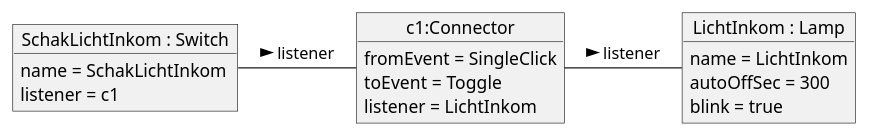
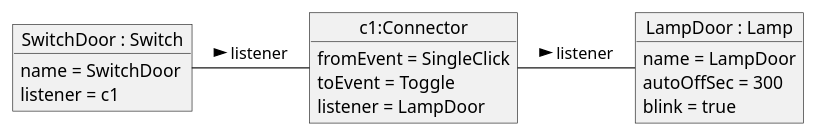
The sixth of 8 diagrams in DESIGN.md (dvaneynde/home-automation), drawn with PlantUML before and after one commit. The commit also changed other lines of this file and 11 other files, not shown here.

````diff
--- a/DESIGN.md
+++ b/DESIGN.md
@@ -511,17 +511,17 @@
 ```plantuml
 @startuml
-object "SchakLichtInkom : Switch" as s
-s : name = SchakLichtInkom
+object "SwitchDoor : Switch" as s
+s : name = SwitchDoor
 s : listener = c1
 object "c1:Connector" as c
 c : fromEvent = SingleClick
 c : toEvent = Toggle
-c : listener = LichtInkom
-object "LichtInkom : Lamp" as l
-l : name = LichtInkom
+c : listener = LampDoor
+object "LampDoor : Lamp" as l
+l : name = LampDoor
 l : autoOffSec = 300
 l : blink = true
 s - c : listener >
 c - l : listener >
 @enduml
 ```
````
